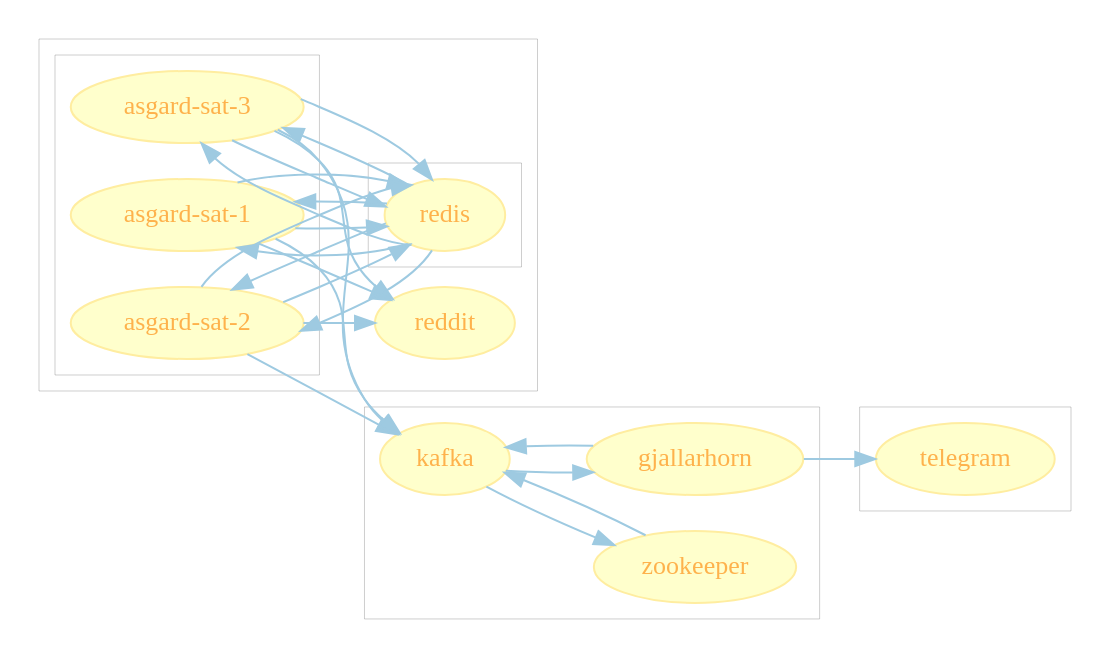
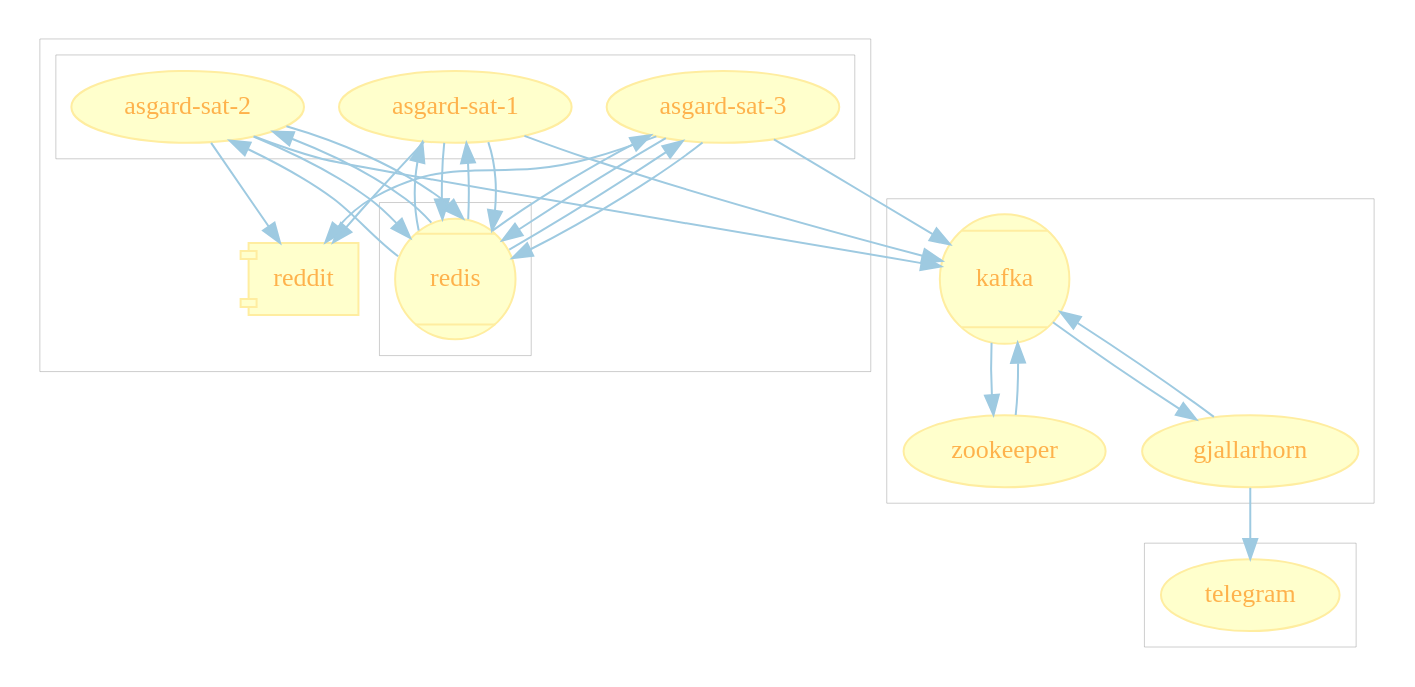
One commit to psychonautwiki/GJALLARHORN changed the diagram in overview.dot. Above: the diagram before and after it, drawn with Graphviz. The commit also changed other lines of this file and 2 other files, not shown here.

```diff
--- a/overview.dot
+++ b/overview.dot
@@ -1,74 +1,73 @@
 digraph G {
-    rankdir="LR";
     fontname="sans-serif";
     penwidth="0.1";
     edge [comment="Wildcard edge", 
           fontname="sans-serif", 
           fontsize=10, 
           colorscheme="blues3", 
           color=2, 
           fontcolor=3];
     node [fontname="serif", 
           fontsize=13, 
           fillcolor="1", 
           colorscheme="ylorrd8", 
           color="2", 
           fontcolor="4", 
           style="filled"];
     subgraph "cluster_sattelites" {
         edge [comment="sattelites"];
         node [comment="sattelites"];
+        "reddit" [shape="component"];
         "asgard-sat-1" -> "reddit";
         "asgard-sat-2" -> "reddit";
         "asgard-sat-3" -> "reddit";
         subgraph "cluster_sats" {
             edge [comment="sats"];
             node [comment="sats"];
             "asgard-sat-1";
             "asgard-sat-2";
             "asgard-sat-3";
         }
 
         subgraph "cluster_redis" {
             edge [comment="hermes"];
             node [comment="hermes"];
-            "redis";
+            "redis" [shape="Mcircle"];
             "redis" -> "asgard-sat-1";
             "redis" -> "asgard-sat-2";
             "redis" -> "asgard-sat-3";
             "asgard-sat-1" -> "redis";
             "asgard-sat-2" -> "redis";
             "asgard-sat-3" -> "redis";
         }
 
     }
 
     subgraph "cluster_hermes" {
         edge [comment="hermes"];
         node [comment="hermes"];
-        "kafka";
+        "kafka" [shape="Mcircle"];
         "zookeeper";
         "kafka" -> "zookeeper";
         "zookeeper" -> "kafka";
         "gjallarhorn" -> "kafka";
         "kafka" -> "gjallarhorn";
         "asgard-sat-1" -> "kafka";
         "asgard-sat-2" -> "kafka";
         "asgard-sat-3" -> "kafka";
-        "redis";
         "redis" -> "asgard-sat-1";
         "redis" -> "asgard-sat-2";
         "redis" -> "asgard-sat-3";
         "asgard-sat-1" -> "redis";
         "asgard-sat-2" -> "redis";
         "asgard-sat-3" -> "redis";
     }
 
     subgraph "cluster_telegram" {
         edge [comment="telegram"];
         node [comment="telegram"];
         "telegram";
         "gjallarhorn" -> "telegram";
     }
 
 }
```
